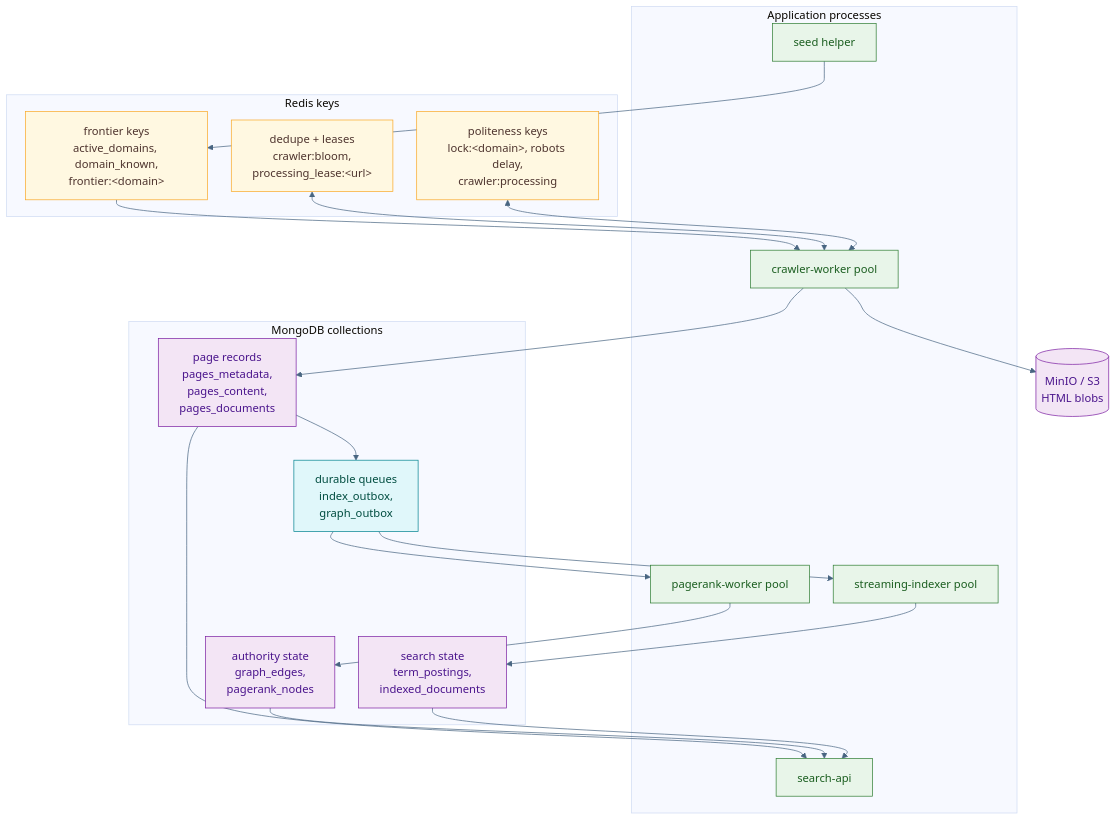
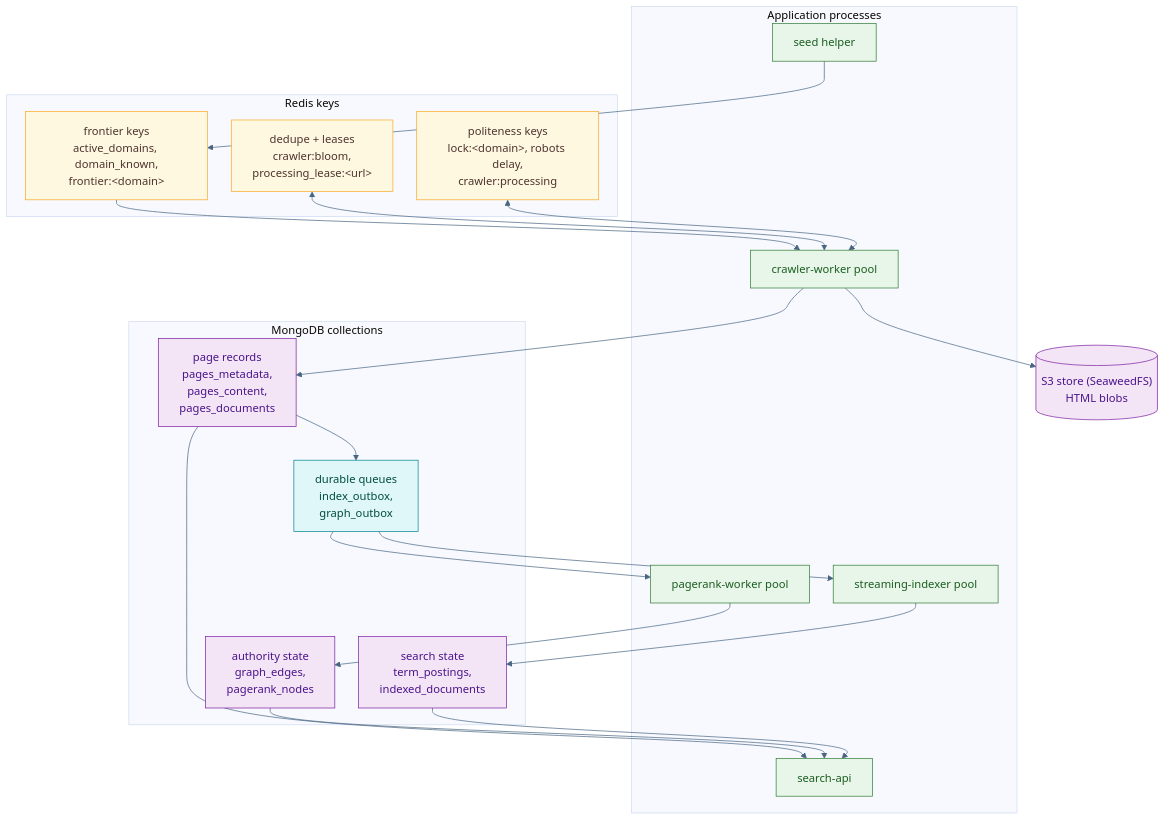
The diagram in report/mermaid/hld.mmd (Parth-Babariya/Distributed-Web-Crawler), drawn with Mermaid before and after one commit. The commit also changed 5 other files, not shown here.

First line of the commit message:
Update architecture diagram and show it in the README

```diff
--- a/report/mermaid/hld.mmd
+++ b/report/mermaid/hld.mmd
@@ -1,44 +1,44 @@
 %%{init: {"theme":"base","themeVariables":{"fontFamily":"Arial","primaryTextColor":"#102a43","lineColor":"#486581"},"flowchart":{"nodeSpacing":34,"rankSpacing":48,"curve":"basis"}}}%%
 flowchart TB
     classDef redis fill:#FFF8E1,stroke:#F9A825,color:#4E342E
     classDef mongo fill:#F3E5F5,stroke:#7B1FA2,color:#4A148C
     classDef app fill:#E8F5E9,stroke:#2E7D32,color:#1B5E20
     classDef outbox fill:#E0F7FA,stroke:#00838F,color:#004D40
 
     subgraph App["Application processes"]
         Seed["seed helper"]:::app
         Worker["crawler-worker pool"]:::app
         Indexer["streaming-indexer pool"]:::app
         PR["pagerank-worker pool"]:::app
         API["search-api"]:::app
     end
 
     subgraph Redis["Redis keys"]
         F["frontier keys<br/>active_domains, domain_known,<br/>frontier:&lt;domain&gt;"]:::redis
         D["dedupe + leases<br/>crawler:bloom,<br/>processing_lease:&lt;url&gt;"]:::redis
         P["politeness keys<br/>lock:&lt;domain&gt;, robots delay,<br/>crawler:processing"]:::redis
     end
 
     subgraph Mongo["MongoDB collections"]
         Page["page records<br/>pages_metadata,<br/>pages_content,<br/>pages_documents"]:::mongo
         Out["durable queues<br/>index_outbox,<br/>graph_outbox"]:::outbox
         Index["search state<br/>term_postings,<br/>indexed_documents"]:::mongo
         Graph["authority state<br/>graph_edges,<br/>pagerank_nodes"]:::mongo
     end
 
-    Blob[("MinIO / S3<br/>HTML blobs")]:::mongo
+    Blob[("S3 store (SeaweedFS)<br/>HTML blobs")]:::mongo
 
     Seed --> F
     F --> Worker
     D <--> Worker
     P <--> Worker
     Worker --> Blob
     Worker --> Page
     Page --> Out
     Out --> Indexer
     Out --> PR
     Indexer --> Index
     PR --> Graph
     Index --> API
     Graph --> API
     Page --> API
```
